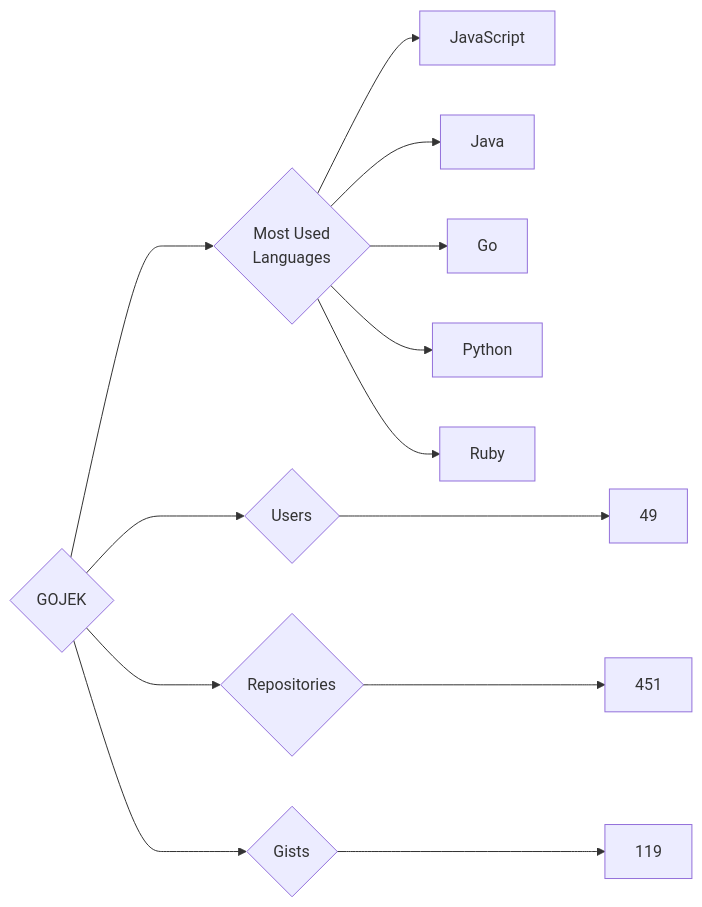
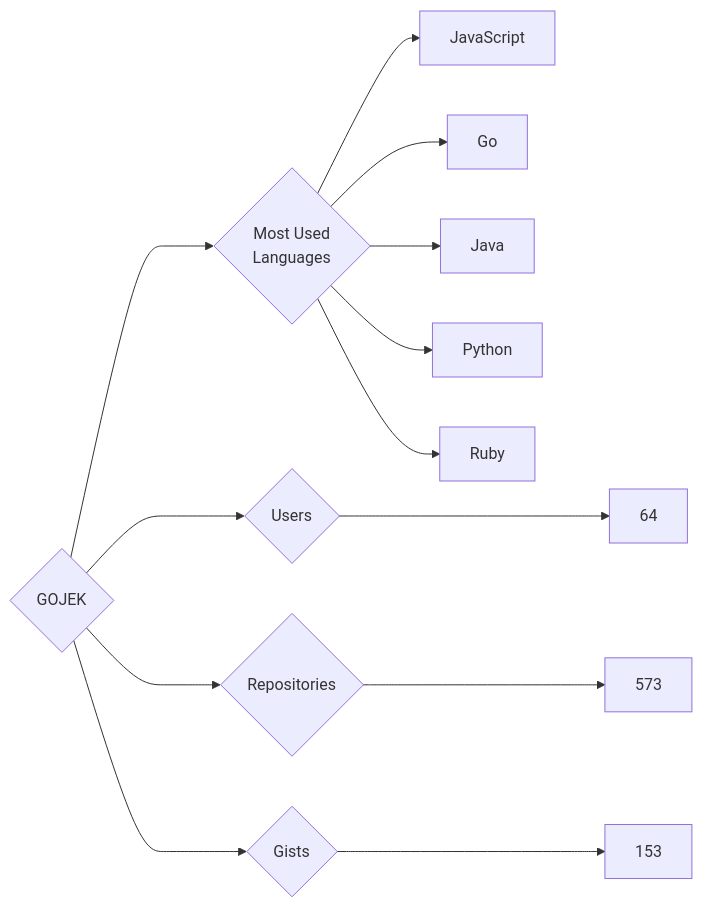
Before and after one commit to trickest/insiders: the diagram in targets/GOJEK/README.md, drawn with Mermaid. The commit also changed 714 other files, not shown here.

````diff
--- a/targets/GOJEK/README.md
+++ b/targets/GOJEK/README.md
@@ -3,13 +3,13 @@
 ```mermaid
 graph LR
 COMPANY_NAME{GOJEK}
-COMPANY_NAME ---> U{Users} ---> UN[49]
-COMPANY_NAME ---> R{Repositories} ---> RN[451]
-COMPANY_NAME ---> G{Gists} ---> GN[119]
+COMPANY_NAME ---> U{Users} ---> UN[64]
+COMPANY_NAME ---> R{Repositories} ---> RN[573]
+COMPANY_NAME ---> G{Gists} ---> GN[153]
 COMPANY_NAME ---> ML{Most Used<br>Languages}
 ML --> JavaScript[JavaScript]
+ML --> Go[Go]
 ML --> Java[Java]
-ML --> Go[Go]
 ML --> Python[Python]
 ML --> Ruby[Ruby]
 ```
````
